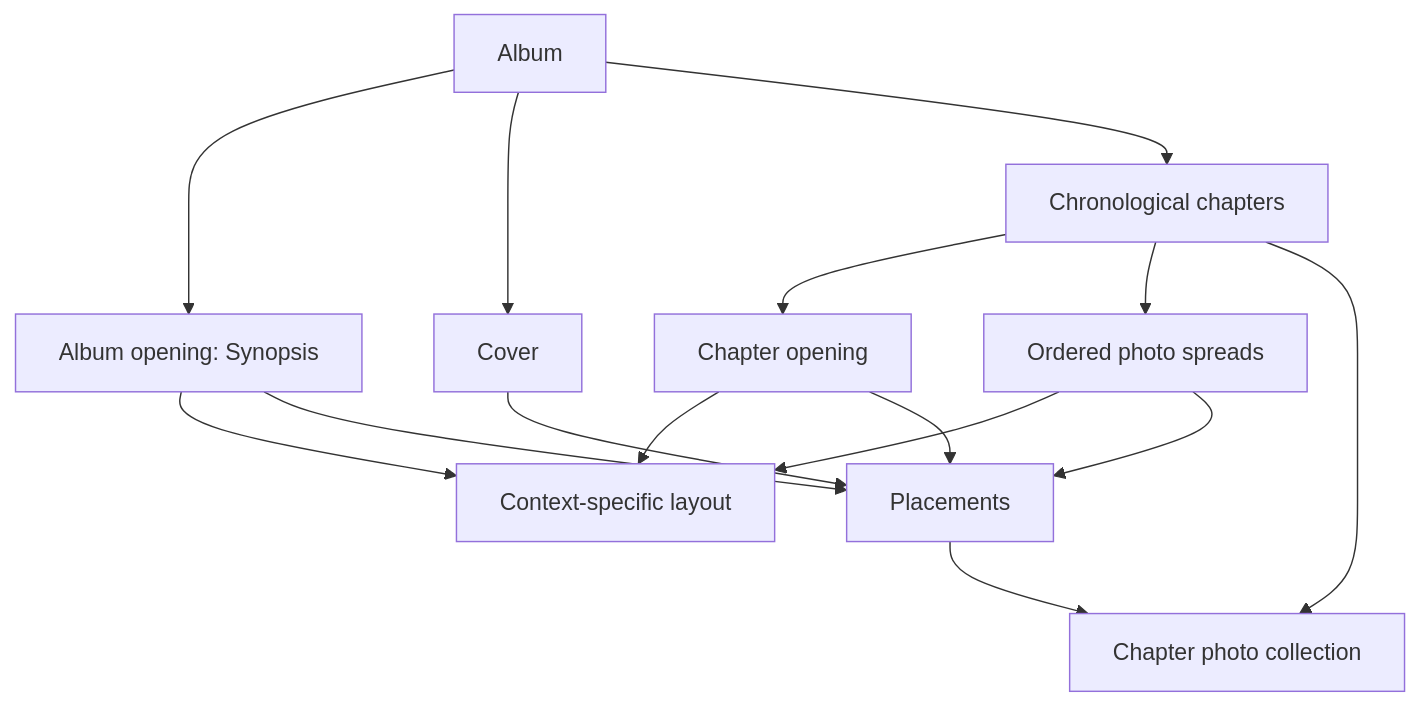
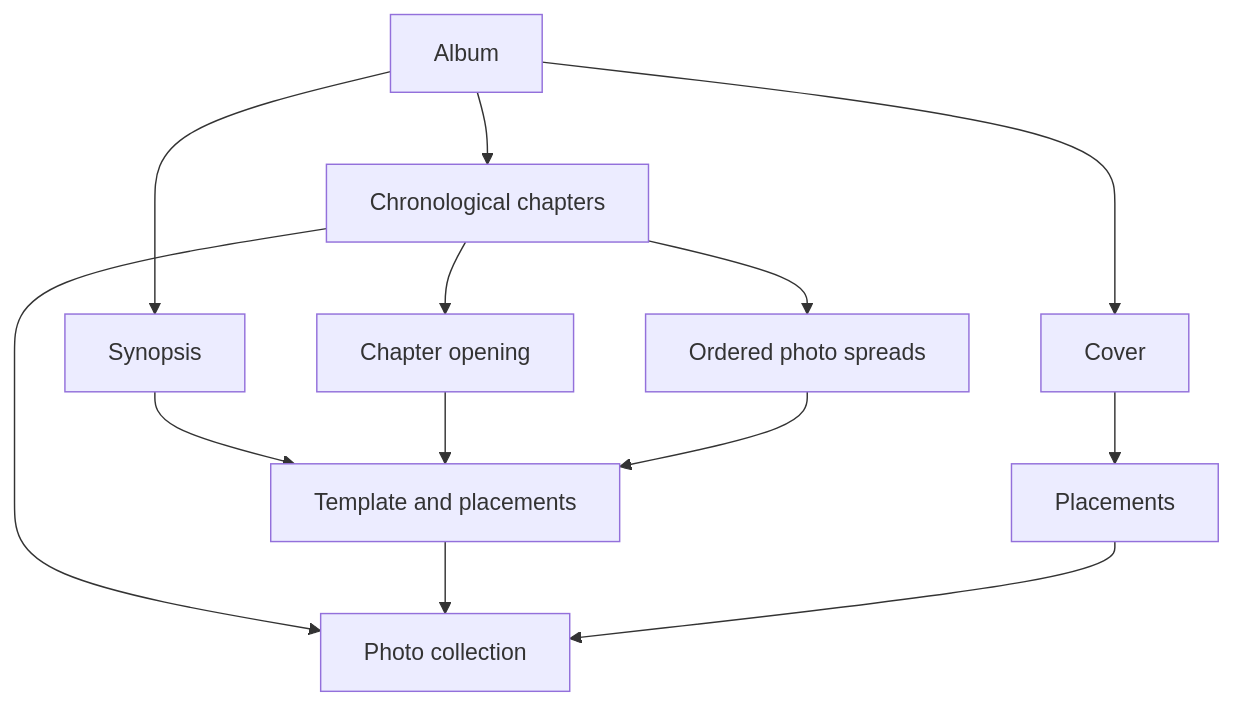
One commit to cosminci/photography changed the diagram in specs/design.md. Above: the diagram before and after it, drawn with Mermaid. The commit also changed other lines of this file and 16 other files, not shown here.

````diff
--- a/specs/design.md
+++ b/specs/design.md
@@ -23,12 +7,12 @@
 ```mermaid
 flowchart TD
-  Album --> Synopsis["Album opening: Synopsis"]
-  Album --> Cover
-  Album --> Chapters["Chronological chapters"]
-  Chapters --> Opening["Chapter opening"]
-  Chapters --> Spreads["Ordered photo spreads"]
-  Chapters --> Photos["Chapter photo collection"]
-  Synopsis & Opening & Spreads --> Template["Context-specific layout"]
-  Synopsis & Opening & Spreads & Cover --> Placements
-  Placements --> Photos
+    Album --> Synopsis
+    Album --> Cover
+    Album --> Chapters["Chronological chapters"]
+    Chapters --> Opening["Chapter opening"]
+    Chapters --> Spreads["Ordered photo spreads"]
+    Chapters --> Photos["Photo collection"]
+    Synopsis & Opening & Spreads --> Layout["Template and placements"]
+    Cover --> Placements
+    Layout & Placements --> Photos
 ```
````
